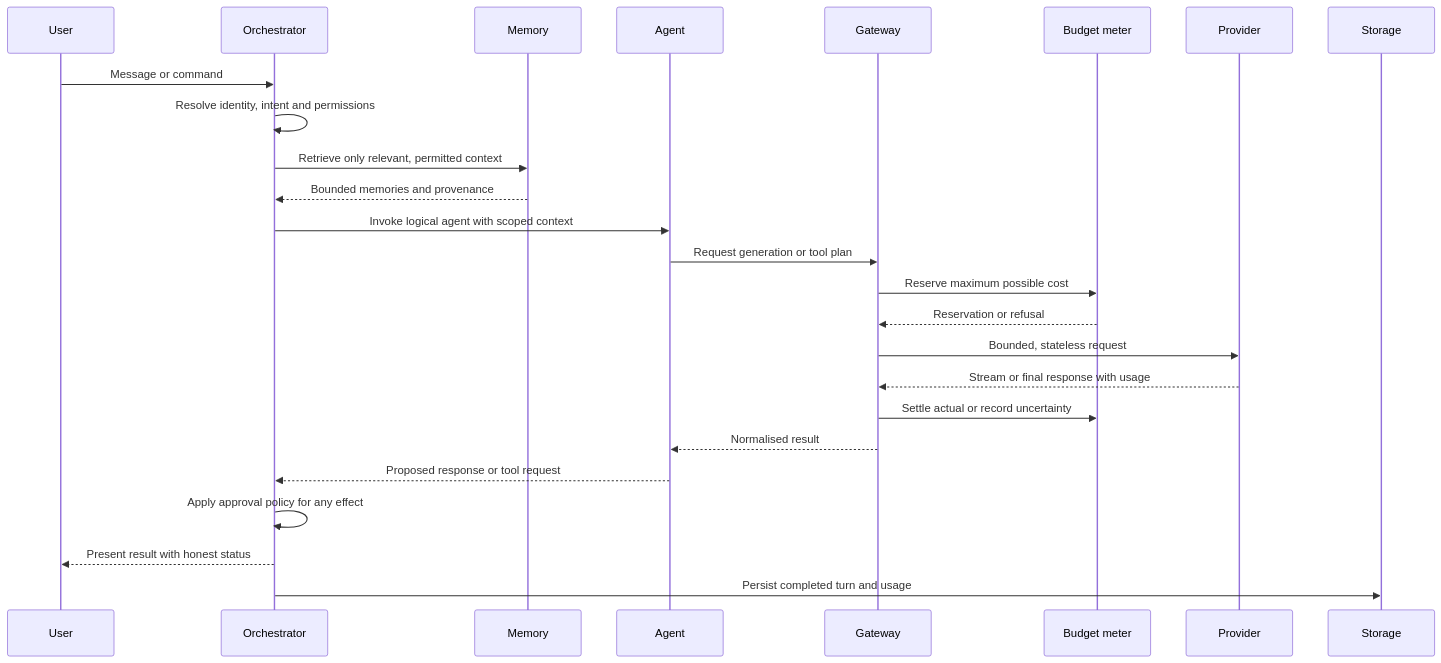
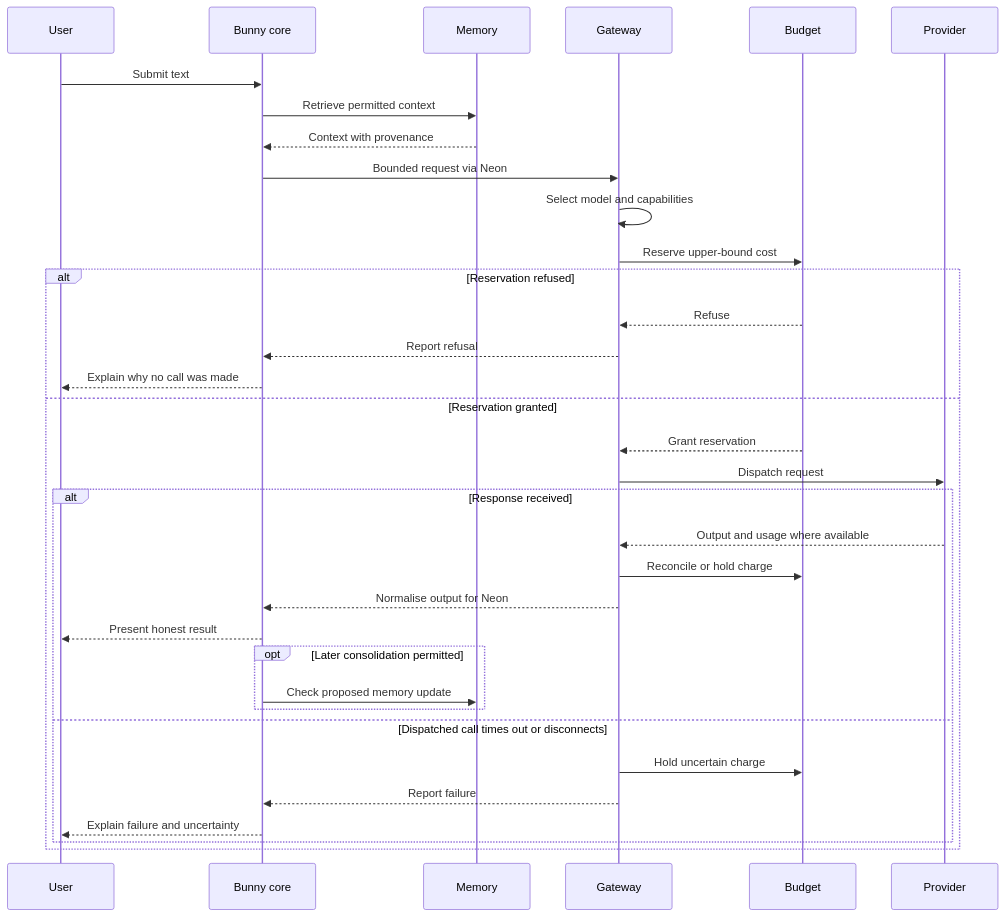
One commit to nsusheel/Bunny.ai changed the second of 3 diagrams in docs/ARCHITECTURE.md. Above: the diagram before and after it, drawn with Mermaid. The commit also changed other lines of this file and 5 other files, not shown here.

Commit message:
docs: improve architecture visualisation and progressive disclosure (#3)

````diff
--- a/docs/ARCHITECTURE.md
+++ b/docs/ARCHITECTURE.md
@@ -109,28 +110,39 @@
 ```mermaid
 sequenceDiagram
+    accTitle: A billable text turn with refusal and timeout paths
+    accDescr: Bunny retrieves scoped context and checks budget before sending a provider request. A refused reservation stops dispatch. Bunny reconciles reported usage and holds uncertain charges. Any later memory updates follow policy.
     participant U as User
-    participant O as Orchestrator
+    participant O as Bunny core
     participant M as Memory
-    participant A as Agent
     participant G as Gateway
-    participant B as Budget meter
+    participant B as Budget
     participant P as Provider
-    participant S as Storage
 
-    U->>O: Message or command
-    O->>O: Resolve identity, intent and permissions
-    O->>M: Retrieve only relevant, permitted context
-    M-->>O: Bounded memories and provenance
-    O->>A: Invoke logical agent with scoped context
-    A->>G: Request generation or tool plan
-    G->>B: Reserve maximum possible cost
-    B-->>G: Reservation or refusal
-    G->>P: Bounded, stateless request
-    P-->>G: Stream or final response with usage
-    G->>B: Settle actual or record uncertainty
-    G-->>A: Normalised result
-    A-->>O: Proposed response or tool request
-    O->>O: Apply approval policy for any effect
-    O-->>U: Present result with honest status
-    O->>S: Persist completed turn and usage
+    U->>O: Submit text
+    O->>M: Retrieve permitted context
+    M-->>O: Context with provenance
+    O->>G: Bounded request via Neon
+    G->>G: Select model and capabilities
+    G->>B: Reserve upper-bound cost
+    alt Reservation refused
+        B-->>G: Refuse
+        G-->>O: Report refusal
+        O-->>U: Explain why no call was made
+    else Reservation granted
+        B-->>G: Grant reservation
+        G->>P: Dispatch request
+        alt Response received
+            P-->>G: Output and usage where available
+            G->>B: Reconcile or hold charge
+            G-->>O: Normalise output for Neon
+            O-->>U: Present honest result
+            opt Later consolidation permitted
+                O->>M: Check proposed memory update
+            end
+        else Dispatched call times out or disconnects
+            G->>B: Hold uncertain charge
+            G-->>O: Report failure
+            O-->>U: Explain failure and uncertainty
+        end
+    end
 ```
````
